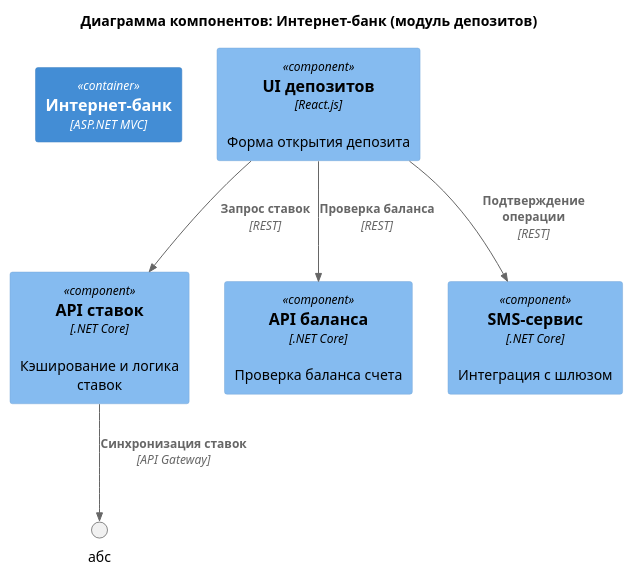
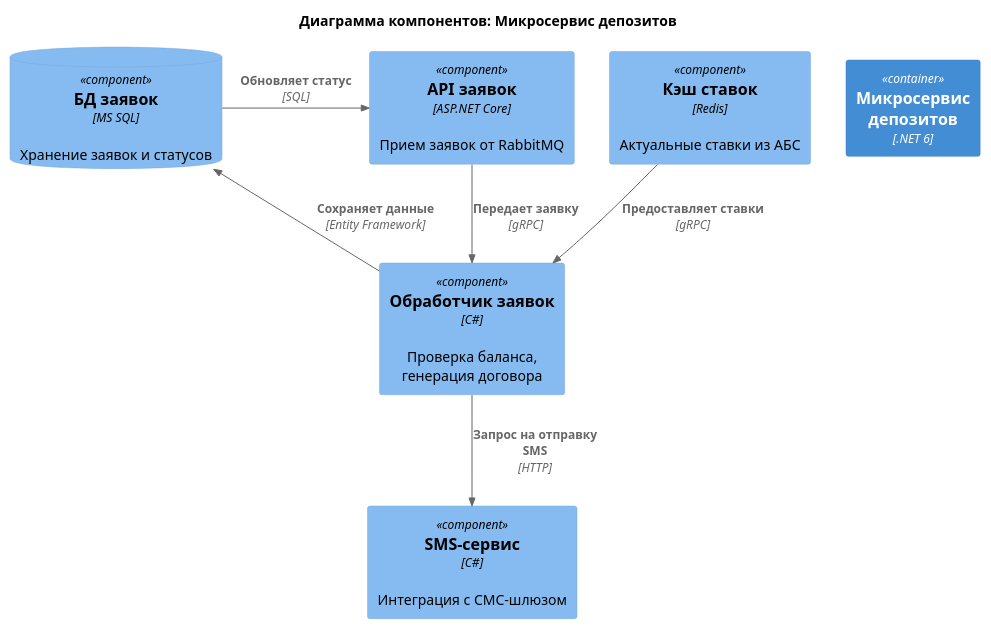
One commit to fireflysmk/architecture-sprint-9 changed the diagram in Task3/Components_Diagramm.puml. Above: the diagram before and after it, drawn with PlantUML. The commit also changed 7 other files, not shown here.

```diff
--- a/Task3/Components_Diagramm.puml
+++ b/Task3/Components_Diagramm.puml
@@ -1,18 +1,20 @@
-@startuml Components_Diagram
+@startuml Components_Diagram_v2
 !include https://raw.githubusercontent.com/plantuml-stdlib/C4-PlantUML/master/C4_Component.puml
 
-title Диаграмма компонентов: Интернет-банк (модуль депозитов)
+title Диаграмма компонентов: Микросервис депозитов
 
-Container(интернет_банк, "Интернет-банк", "ASP.NET MVC")
+Container(микросервис, "Микросервис депозитов", ".NET 6")
 
-Component(депозитный_ui, "UI депозитов", "React.js", "Форма открытия депозита")
-Component(api_ставок, "API ставок", ".NET Core", "Кэширование и логика ставок")
-Component(баланс_клиента, "API баланса", ".NET Core", "Проверка баланса счета")
-Component(sms_сервис, "SMS-сервис", ".NET Core", "Интеграция с шлюзом")
+Component(api_заявки, "API заявок", "ASP.NET Core", "Прием заявок от RabbitMQ")
+Component(обработчик, "Обработчик заявок", "C#", "Проверка баланса, генерация договора")
+Component(sms_сервис, "SMS-сервис", "C#", "Интеграция с СМС-шлюзом")
+ComponentDb(бд, "БД заявок", "MS SQL", "Хранение заявок и статусов")
+Component(кэш_ставок, "Кэш ставок", "Redis", "Актуальные ставки из АБС")
 
-Rel(депозитный_ui, api_ставок, "Запрос ставок", "REST")
-Rel(депозитный_ui, баланс_клиента, "Проверка баланса", "REST")
-Rel(депозитный_ui, sms_сервис, "Подтверждение операции", "REST")
-Rel(api_ставок, абс, "Синхронизация ставок", "API Gateway")
+Rel(api_заявки, обработчик, "Передает заявку", "gRPC")
+Rel(обработчик, бд, "Сохраняет данные", "Entity Framework")
+Rel(обработчик, sms_сервис, "Запрос на отправку SMS", "HTTP")
+Rel(кэш_ставок, обработчик, "Предоставляет ставки", "gRPC")
+Rel_R(бд, api_заявки, "Обновляет статус", "SQL")
 
 @enduml
```
